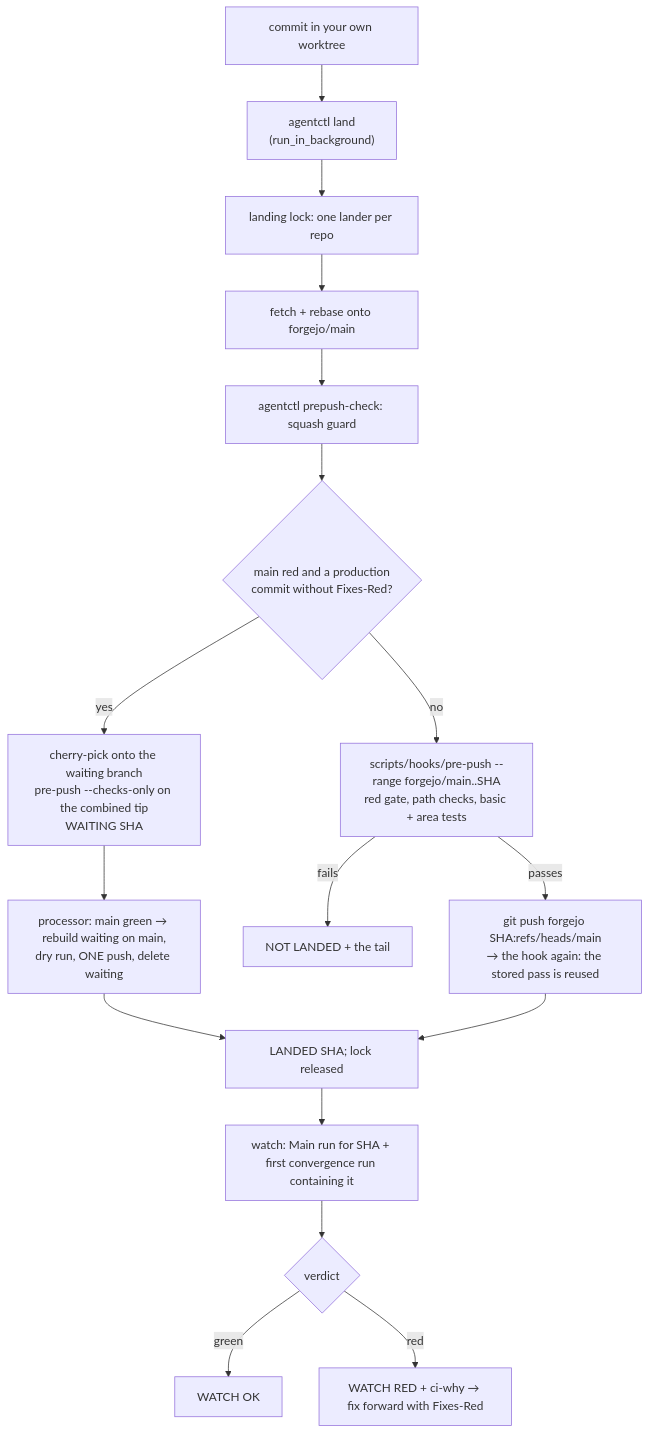
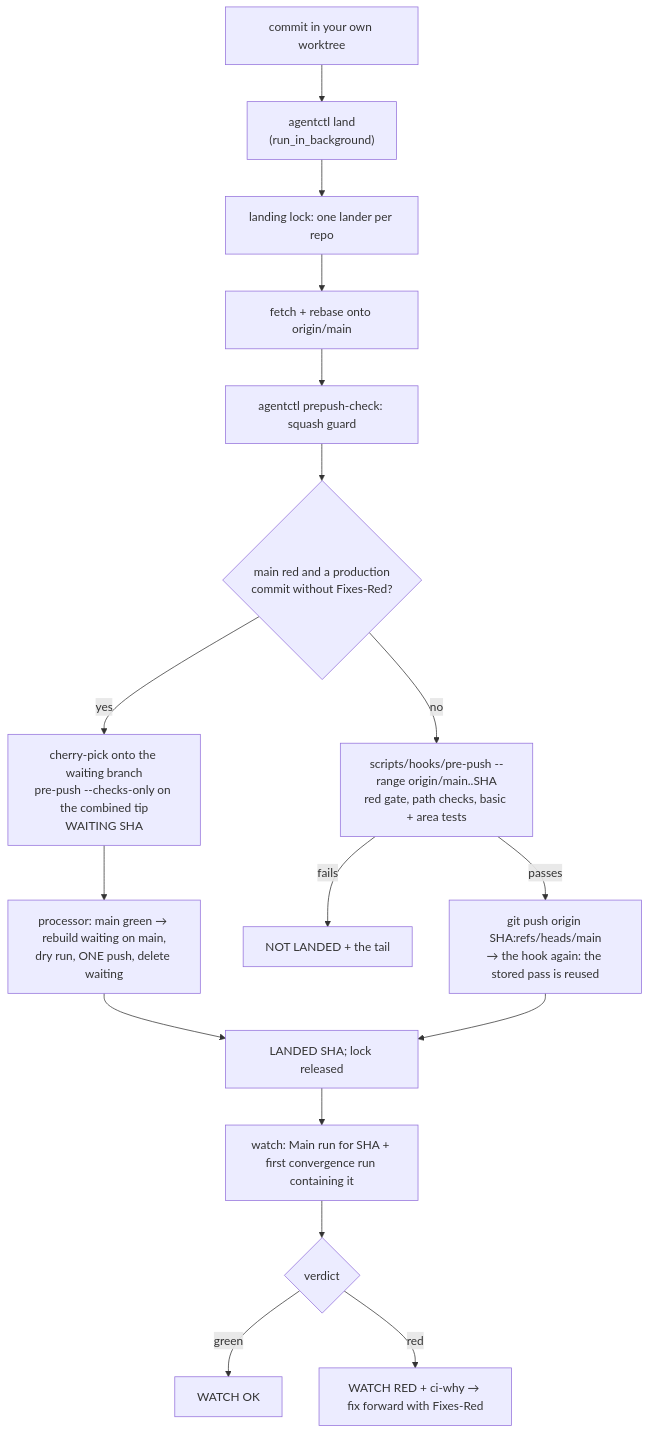
One commit to pawelkrupinski/movies changed the diagram in docs/landing-process.md. Above: the diagram before and after it, drawn with Mermaid. The commit also changed other lines of this file and 14 other files, not shown here.

````diff
--- a/docs/landing-process.md
+++ b/docs/landing-process.md
@@ -37,19 +37,19 @@
 ```mermaid
 flowchart TD
     C[commit in your own worktree] --> L["agentctl land<br/>(run_in_background)"]
     L --> K[landing lock: one lander per repo]
-    K --> F[fetch + rebase onto forgejo/main]
+    K --> F[fetch + rebase onto origin/main]
     F --> P[agentctl prepush-check: squash guard]
     P --> G{main red and a production<br/>commit without Fixes-Red?}
     G -- yes --> WB["cherry-pick onto the waiting branch<br/>pre-push --checks-only on the combined tip<br/>WAITING SHA"]
     WB --> WP["processor: main green → rebuild waiting on main,<br/>dry run, ONE push, delete waiting"]
     WP --> V
-    G -- no --> D["scripts/hooks/pre-push --range forgejo/main..SHA<br/>red gate, path checks, basic + area tests"]
+    G -- no --> D["scripts/hooks/pre-push --range origin/main..SHA<br/>red gate, path checks, basic + area tests"]
     D -- fails --> N[NOT LANDED + the tail]
-    D -- passes --> H["git push forgejo SHA:refs/heads/main<br/>→ the hook again: the stored pass is reused"]
+    D -- passes --> H["git push origin SHA:refs/heads/main<br/>→ the hook again: the stored pass is reused"]
     H --> V[LANDED SHA; lock released]
     V --> W["watch: Main run for SHA + first convergence run containing it"]
     W --> R{verdict}
     R -- green --> OK[WATCH OK]
     R -- red --> RED["WATCH RED + ci-why → fix forward with Fixes-Red"]
 ```
````
